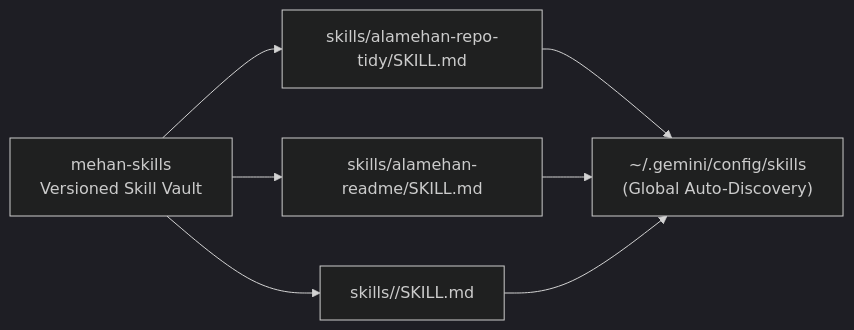
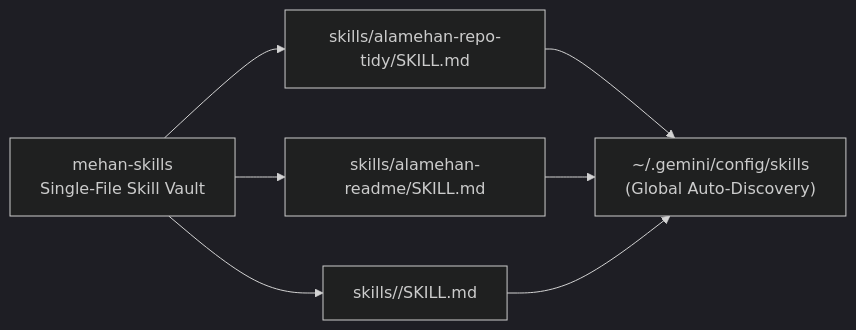
The diagram in README.md (alamehan/mehan-skills), drawn with Mermaid (dark theme) before and after one commit. The commit also changed other lines of this file and 4 other files, not shown here.

````diff
--- a/README.md
+++ b/README.md
@@ -73,9 +76,9 @@
 ```mermaid
 flowchart LR
-  repo["mehan-skills<br/>Versioned Skill Vault"] --> s1["skills/alamehan-repo-tidy/SKILL.md"]
-  repo --> s2["skills/alamehan-readme/SKILL.md"]
-  repo --> sn["skills/<next-skill>/SKILL.md"]
-  s1 --> agy["~/.gemini/config/skills<br/>(Global Auto-Discovery)"]
-  s2 --> agy
-  sn --> agy
+  vault["mehan-skills<br/>Single-File Skill Vault"] --> tidy["skills/alamehan-repo-tidy/SKILL.md"]
+  vault --> rdm["skills/alamehan-readme/SKILL.md"]
+  vault --> next["skills/<next-skill>/SKILL.md"]
+  tidy --> global["~/.gemini/config/skills<br/>(Global Auto-Discovery)"]
+  rdm --> global
+  next --> global
 ```
````
